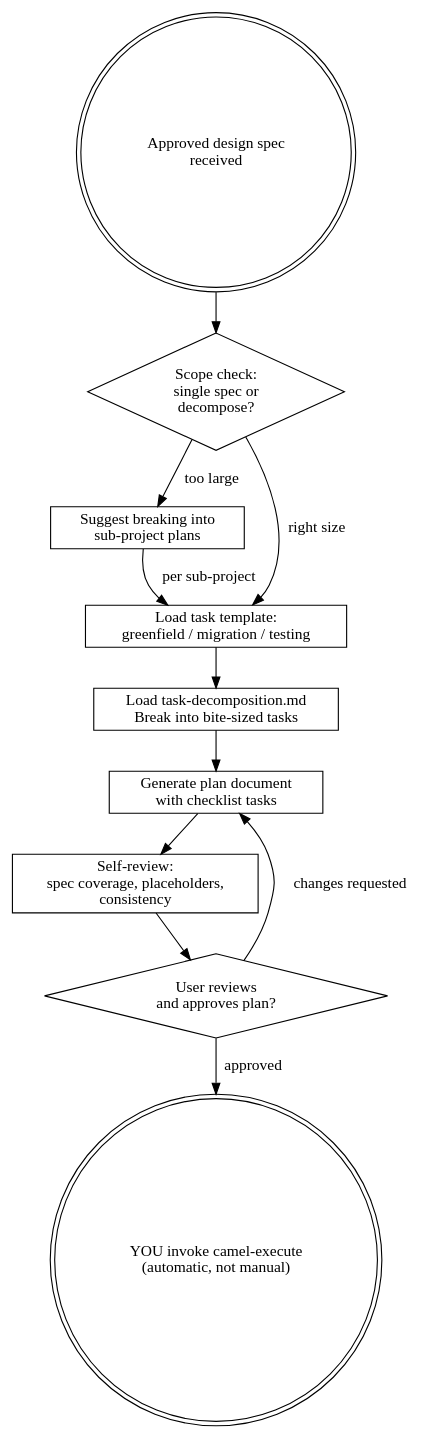
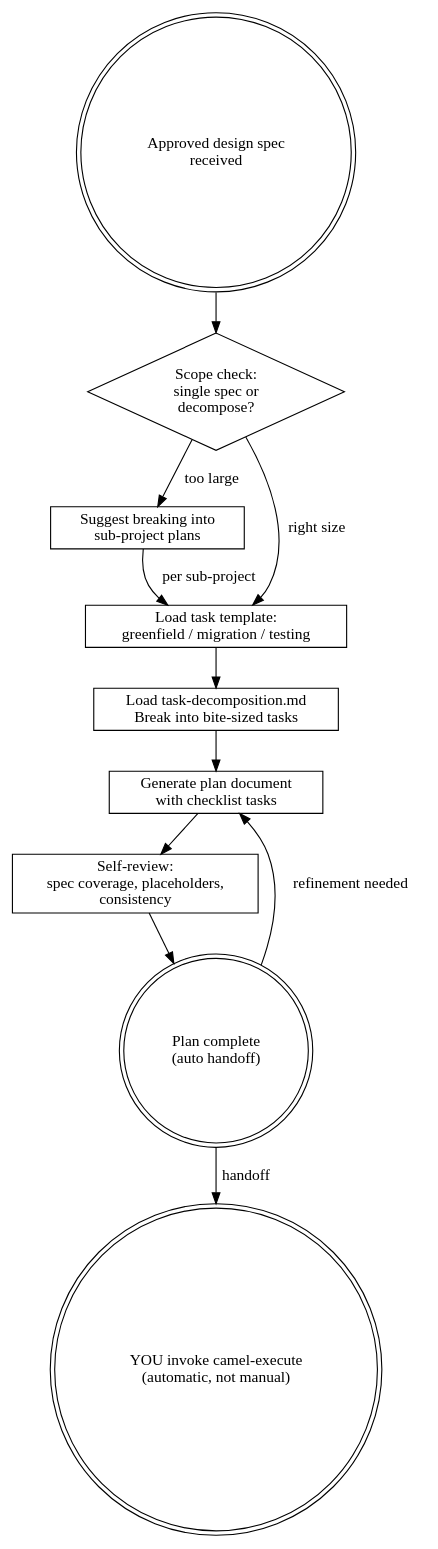
The diagram in camel-kit-core/src/main/resources/skills/camel-plan/SKILL.md (luigidemasi/camel-kit), drawn with Graphviz before and after one commit. The commit also changed other lines of this file and 8 other files, not shown here.

````diff
--- a/camel-kit-core/src/main/resources/skills/camel-plan/SKILL.md
+++ b/camel-kit-core/src/main/resources/skills/camel-plan/SKILL.md
@@ -25,26 +25,26 @@
 ```dot
 digraph plan {
     rankdir=TB;
     
     start [label="Approved design spec\nreceived", shape=doublecircle];
     scope [label="Scope check:\nsingle spec or\ndecompose?", shape=diamond];
     decompose [label="Suggest breaking into\nsub-project plans", shape=box];
     load_template [label="Load task template:\ngreenfield / migration / testing", shape=box];
     decompose_tasks [label="Load task-decomposition.md\nBreak into bite-sized tasks", shape=box];
     generate [label="Generate plan document\nwith checklist tasks", shape=box];
     self_review [label="Self-review:\nspec coverage, placeholders,\nconsistency", shape=box];
-    user_approve [label="User reviews\nand approves plan?", shape=diamond];
+    plan_complete [label="Plan complete\n(auto handoff)", shape=doublecircle];
     execute [label="YOU invoke camel-execute\n(automatic, not manual)", shape=doublecircle];
     
     start -> scope;
     scope -> decompose [label="too large"];
     scope -> load_template [label="right size"];
     decompose -> load_template [label="per sub-project"];
     load_template -> decompose_tasks;
     decompose_tasks -> generate;
     generate -> self_review;
-    self_review -> user_approve;
-    user_approve -> generate [label="changes requested"];
-    user_approve -> execute [label="approved"];
+    self_review -> plan_complete;
+    plan_complete -> generate [label="refinement needed"];
+    plan_complete -> execute [label="handoff"];
 }
 ```
````
